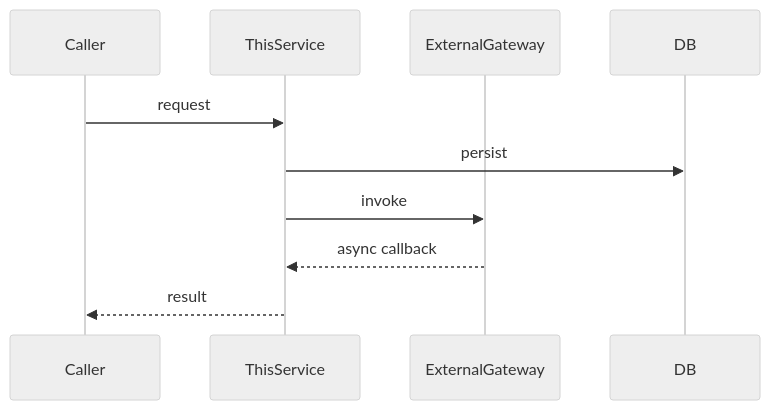
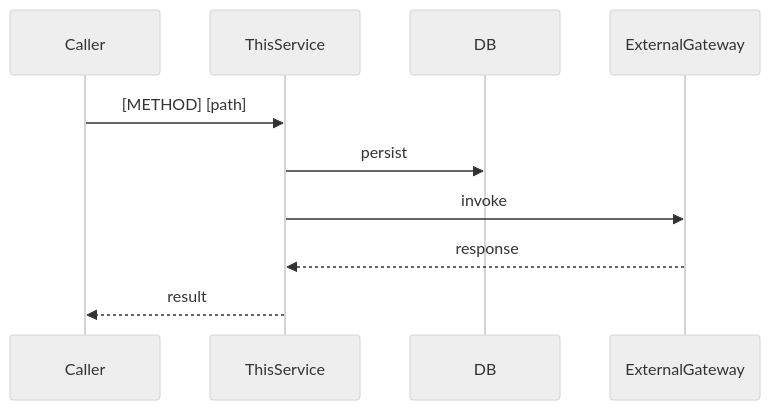
Before and after one commit to lujiafa/houtu-project-skills: the first of 3 diagrams in skills/docs-context/assets/templates/module.md, drawn with Mermaid (neutral theme). The commit also changed other lines of this file and 1 other file, not shown here.

First line of the commit message:
feat(docs-context): split BCU diagrams into per-entry tracing + business flow (two-layer)

````diff
--- a/skills/docs-context/assets/templates/module.md
+++ b/skills/docs-context/assets/templates/module.md
@@ -49,12 +31,12 @@
-```mermaid
-sequenceDiagram
-  participant Caller
-  participant ThisService
-  participant ExternalGateway
-  participant DB
-  Caller->>ThisService: request
-  ThisService->>DB: persist
-  ThisService->>ExternalGateway: invoke
-  ExternalGateway-->>ThisService: async callback
-  ThisService-->>Caller: result
-```
+  ```mermaid
+  sequenceDiagram
+    participant Caller
+    participant ThisService
+    participant DB
+    participant ExternalGateway
+    Caller->>ThisService: [METHOD] [path]
+    ThisService->>DB: persist
+    ThisService->>ExternalGateway: invoke
+    ExternalGateway-->>ThisService: response
+    ThisService-->>Caller: result
+  ```
````
